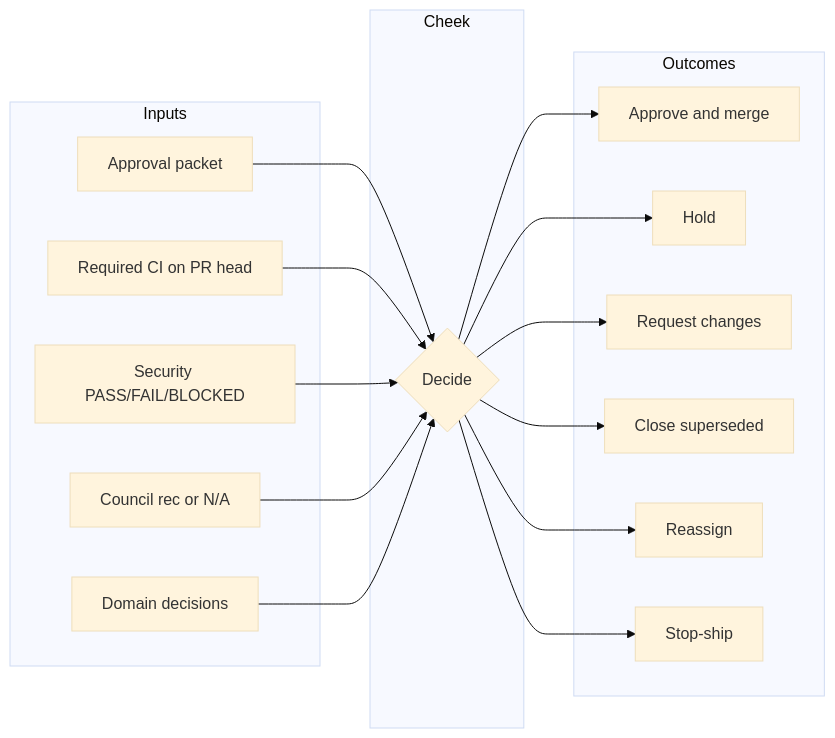
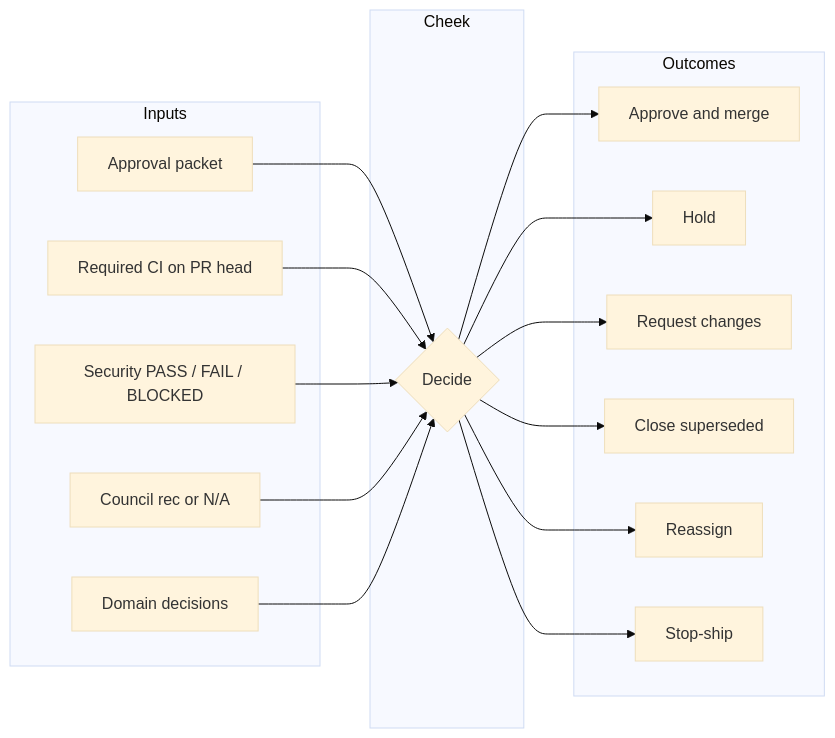
One commit to Verdant-OS/verdant-grow-diary changed the second of 3 diagrams in docs/agents/cheek-approval-workflow.md. Above: the diagram before and after it, drawn with Mermaid (base theme). The commit also changed other lines of this file, not shown here.

First line of the commit message:
docs(agents): harden Mermaid fence syntax in Cheek workflow

````diff
--- a/docs/agents/cheek-approval-workflow.md
+++ b/docs/agents/cheek-approval-workflow.md
@@ -366,35 +393,35 @@
 ```mermaid
 flowchart LR
-  subgraph inputs [Inputs]
-    P[Approval packet]
-    CI[Required CI on PR head]
-    S[Security PASS/FAIL/BLOCKED]
-    C[Council rec or N/A]
-    D[Domain decisions]
+  subgraph inputs["Inputs"]
+    P["Approval packet"]
+    CI["Required CI on PR head"]
+    S["Security PASS / FAIL / BLOCKED"]
+    C["Council rec or N/A"]
+    D["Domain decisions"]
   end
 
-  subgraph decide [Cheek]
-    J{Decide}
+  subgraph decide["Cheek"]
+    J{"Decide"}
   end
 
-  subgraph out [Outcomes]
-    M[Approve and merge]
-    H[Hold]
-    R[Request changes]
-    X[Close superseded]
-    A[Reassign]
-    Z[Stop-ship]
+  subgraph out["Outcomes"]
+    M["Approve and merge"]
+    H["Hold"]
+    R["Request changes"]
+    X["Close superseded"]
+    A["Reassign"]
+    Z["Stop-ship"]
   end
 
   P --> J
   CI --> J
   S --> J
   C --> J
   D --> J
   J --> M
   J --> H
   J --> R
   J --> X
   J --> A
   J --> Z
 ```
````
